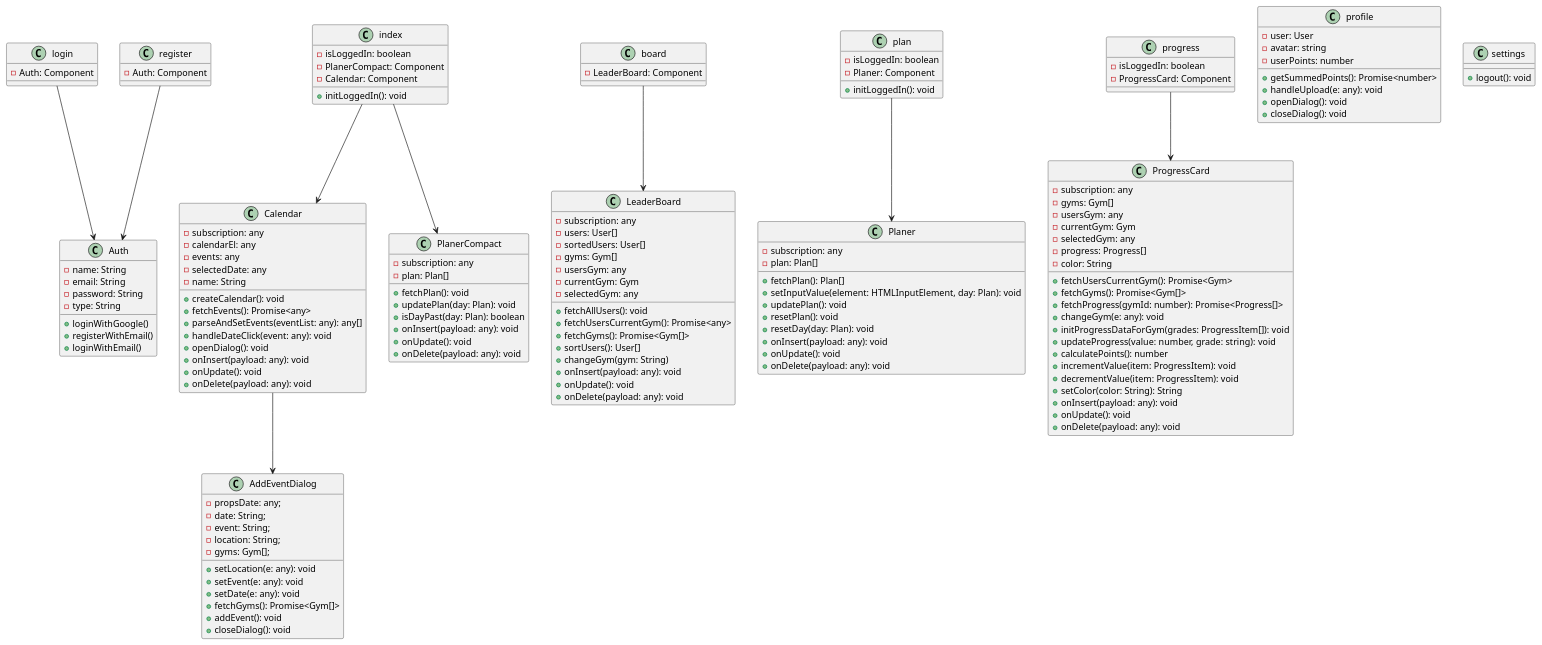
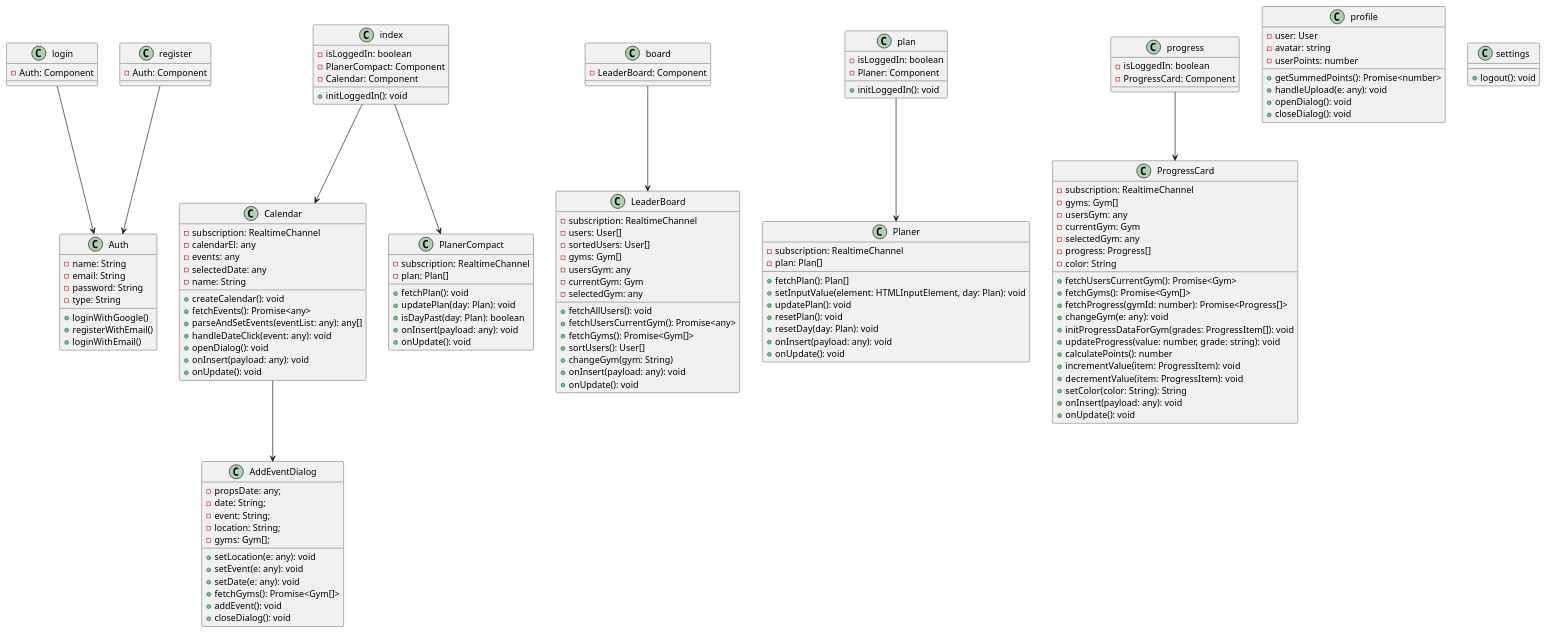
One commit to kreutzermaik/saarclimb-sveltekit changed the diagram in src/docs/class-diagram.puml. Above: the diagram before and after it, drawn with PlantUML. The commit also changed 6 other files, not shown here.

```diff
--- a/src/docs/class-diagram.puml
+++ b/src/docs/class-diagram.puml
@@ -1,166 +1,161 @@
 @startuml
 allowmixing
 
 class Auth {
   - name: String
   - email: String
   - password: String
   - type: String
   + loginWithGoogle()
   + registerWithEmail()
   + loginWithEmail()
 }
 
 class Calendar {
-  - subscription: any
+  - subscription: RealtimeChannel
   - calendarEl: any
   - events: any
   - selectedDate: any
   - name: String
   + createCalendar(): void
   + fetchEvents(): Promise<any>
   + parseAndSetEvents(eventList: any): any[]
   + handleDateClick(event: any): void
   + openDialog(): void
   + onInsert(payload: any): void
   + onUpdate(): void
-  + onDelete(payload: any): void
 }
 
 class LeaderBoard {
-    - subscription: any
+    - subscription: RealtimeChannel
     - users: User[]
     - sortedUsers: User[]
     - gyms: Gym[]
     - usersGym: any
     - currentGym: Gym
     - selectedGym: any
     + fetchAllUsers(): void
     + fetchUsersCurrentGym(): Promise<any>
     + fetchGyms(): Promise<Gym[]>
     + sortUsers(): User[]
     + changeGym(gym: String)
     + onInsert(payload: any): void
     + onUpdate(): void
-    + onDelete(payload: any): void
 }
 
 class AddEventDialog {
   - propsDate: any;
   - date: String;
   - event: String;
   - location: String;
   - gyms: Gym[];
   + setLocation(e: any): void
   + setEvent(e: any): void
   + setDate(e: any): void
   + fetchGyms(): Promise<Gym[]>
   + addEvent(): void
   + closeDialog(): void
 }
 
 class Planer {
-    - subscription: any
+    - subscription: RealtimeChannel
     - plan: Plan[]
     + fetchPlan(): Plan[]
     + setInputValue(element: HTMLInputElement, day: Plan): void
     + updatePlan(): void
     + resetPlan(): void
     + resetDay(day: Plan): void
     + onInsert(payload: any): void
     + onUpdate(): void
-    + onDelete(payload: any): void
 }
 
 class PlanerCompact {
-    - subscription: any
+    - subscription: RealtimeChannel
     - plan: Plan[]
     + fetchPlan(): void
     + updatePlan(day: Plan): void
     + isDayPast(day: Plan): boolean
     + onInsert(payload: any): void
     + onUpdate(): void
-    + onDelete(payload: any): void
 }
 
 class ProgressCard {
-    - subscription: any
+    - subscription: RealtimeChannel
     - gyms: Gym[]
     - usersGym: any
     - currentGym: Gym
     - selectedGym: any
     - progress: Progress[]
     - color: String
     + fetchUsersCurrentGym(): Promise<Gym>
     + fetchGyms(): Promise<Gym[]>
     + fetchProgress(gymId: number): Promise<Progress[]>
     + changeGym(e: any): void
     + initProgressDataForGym(grades: ProgressItem[]): void
     + updateProgress(value: number, grade: string): void
     + calculatePoints(): number
     + incrementValue(item: ProgressItem): void
     + decrementValue(item: ProgressItem): void
     + setColor(color: String): String
     + onInsert(payload: any): void
     + onUpdate(): void
-    + onDelete(payload: any): void
-}
+ }
 
 login --> Auth
 register --> Auth
 index --> Calendar
 index --> PlanerCompact
 board --> LeaderBoard
 plan --> Planer
 progress --> ProgressCard
 Calendar --> AddEventDialog
 
 
 class login {
   - Auth: Component
 }
 
 class register {
   - Auth: Component
 }
 
 class index {
   - isLoggedIn: boolean
   - PlanerCompact: Component
   - Calendar: Component
   + initLoggedIn(): void
 }
 
 class board {
   - LeaderBoard: Component
 }
 
 class plan {
   - isLoggedIn: boolean
   - Planer: Component
   + initLoggedIn(): void
 }
 
 class profile {
   - user: User
   - avatar: string
   - userPoints: number
   + getSummedPoints(): Promise<number>
   + handleUpload(e: any): void
   + openDialog(): void
   + closeDialog(): void
 }
 
 class progress {
   - isLoggedIn: boolean
   - ProgressCard: Component
 }
 
 class settings {
   + logout(): void
 }
 
 
 
 
 @enduml
```
